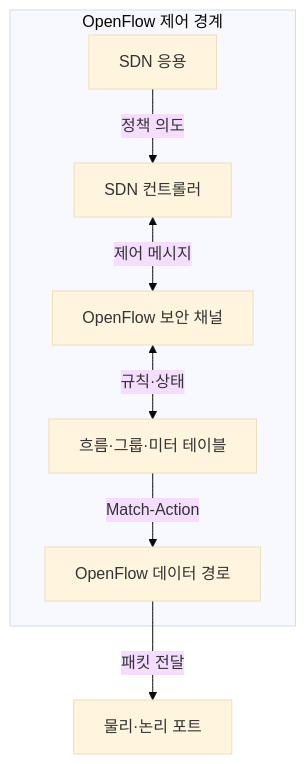
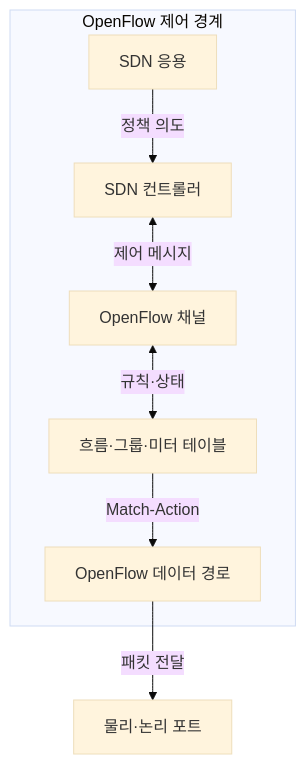
The first of 2 diagrams in src/content/docs/notes/04-network/058_sdn_controller_openflow.md (agnusdei1207/knowledge-base), drawn with Mermaid (base theme) before and after one commit. The commit also changed other lines of this file and 7 other files, not shown here.

````diff
--- a/src/content/docs/notes/04-network/058_sdn_controller_openflow.md
+++ b/src/content/docs/notes/04-network/058_sdn_controller_openflow.md
@@ -55,15 +54,15 @@
 ```mermaid
 flowchart TB
     subgraph O[OpenFlow 제어 경계]
         APP[SDN 응용]
         CTRL[SDN 컨트롤러]
-        CH[OpenFlow 보안 채널]
+        CH[OpenFlow 채널]
         TABLE[흐름·그룹·미터 테이블]
         DP[OpenFlow 데이터 경로]
         APP -->|정책 의도| CTRL
         CTRL <-->|제어 메시지| CH
         CH <-->|규칙·상태| TABLE
         TABLE -->|Match-Action| DP
     end
     DP -->|패킷 전달| PORT[물리·논리 포트]
 ```
````
